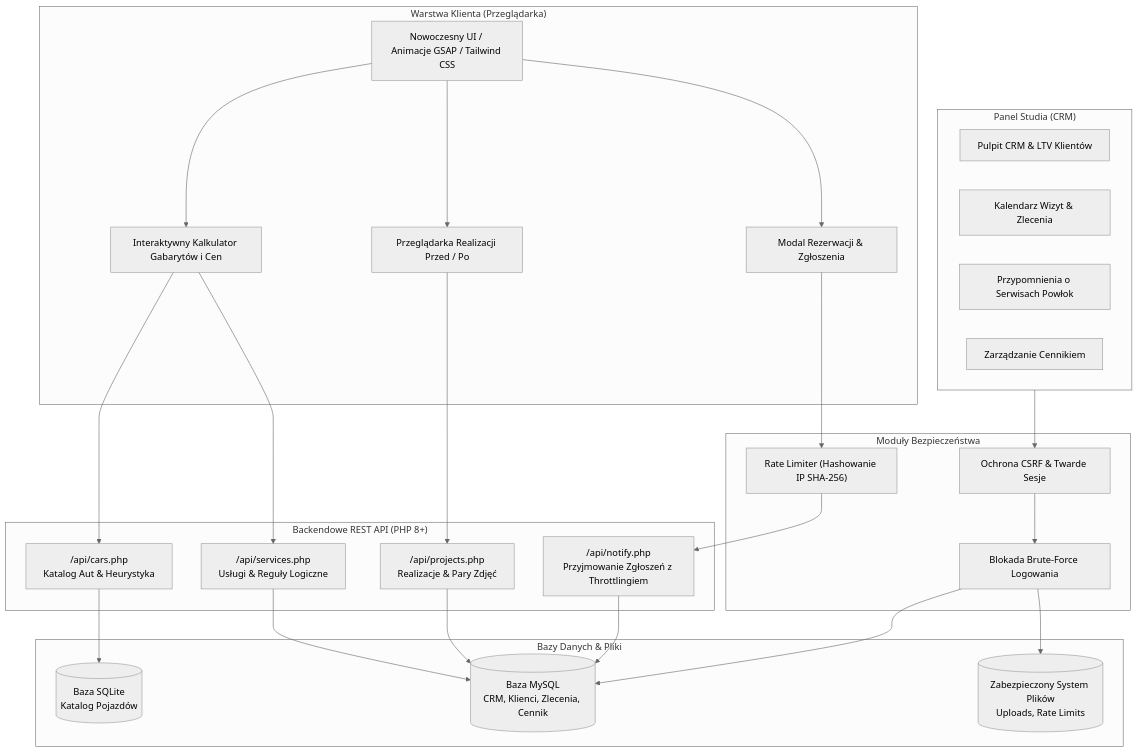
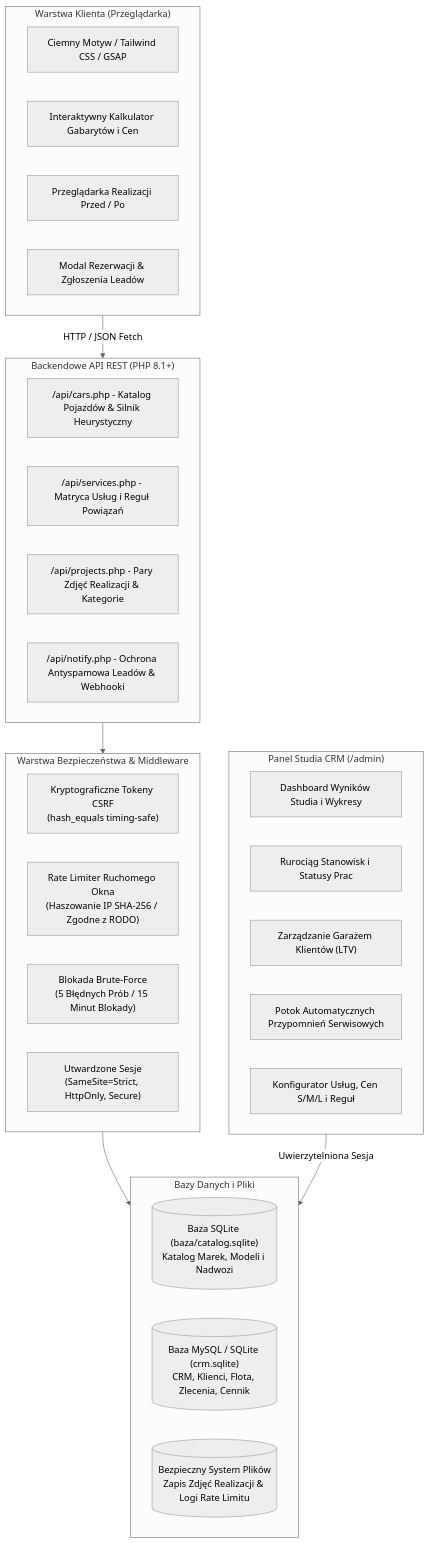
One commit to verblo/clean-n-ride-showcase changed the diagram in README.pl.md. Above: the diagram before and after it, drawn with Mermaid (neutral theme). The commit also changed other lines of this file and 16 other files, not shown here.

````diff
--- a/README.pl.md
+++ b/README.pl.md
@@ -74,45 +122,49 @@
 ```mermaid
 flowchart TD
     subgraph Klient["Warstwa Klienta (Przeglądarka)"]
-        UI["Nowoczesny UI / Animacje GSAP / Tailwind CSS"]
+        UI["Ciemny Motyw / Tailwind CSS / GSAP"]
         CALC["Interaktywny Kalkulator Gabarytów i Cen"]
-        GALLERY["Przeglądarka Realizacji Przed / Po"]
-        LEAD["Modal Rezerwacji & Zgłoszenia"]
+        SLIDER["Przeglądarka Realizacji Przed / Po"]
+        MODAL["Modal Rezerwacji & Zgłoszenia Leadów"]
     end
 
-    subgraph API["Backendowe REST API (PHP 8+)"]
-        API_CARS["/api/cars.php\nKatalog Aut & Heurystyka"]
-        API_SERVICES["/api/services.php\nUsługi & Reguły Logiczne"]
-        API_PROJECTS["/api/projects.php\nRealizacje & Pary Zdjęć"]
-        API_NOTIFY["/api/notify.php\nPrzyjmowanie Zgłoszeń z Throttlingiem"]
+    subgraph API["Backendowe API REST (PHP 8.1+)"]
+        API_CARS["/api/cars.php - Katalog Pojazdów & Silnik Heurystyczny"]
+        API_SERV["/api/services.php - Matryca Usług i Reguł Powiązań"]
+        API_PROJ["/api/projects.php - Pary Zdjęć Realizacji & Kategorie"]
+        API_LEAD["/api/notify.php - Ochrona Antyspamowa Leadów & Webhooki"]
     end
 
-    subgraph Bezpieczenstwo["Moduły Bezpieczeństwa"]
-        SEC_RATE["Rate Limiter (Hashowanie IP SHA-256)"]
-        SEC_AUTH["Ochrona CSRF & Twarde Sesje"]
-        SEC_BRUTE["Blokada Brute-Force Logowania"]
+    subgraph Bezpieczenstwo["Warstwa Bezpieczeństwa & Middleware"]
+        SEC_CSRF["Kryptograficzne Tokeny CSRF
+(hash_equals timing-safe)"]
+        SEC_RATE["Rate Limiter Ruchomego Okna
+(Haszowanie IP SHA-256 / Zgodne z RODO)"]
+        SEC_LOCK["Blokada Brute-Force
+(5 Błędnych Prób / 15 Minut Blokady)"]
+        SEC_SESS["Utwardzone Sesje
+(SameSite=Strict, HttpOnly, Secure)"]
     end
 
-    subgraph Dane["Bazy Danych & Pliki"]
-        SQLITE[("Baza SQLite\nKatalog Pojazdów")]
-        MYSQL[("Baza MySQL\nCRM, Klienci, Zlecenia, Cennik")]
-        FS[("Zabezpieczony System Plików\nUploads, Rate Limits")]
+    subgraph BazaDanych["Bazy Danych i Pliki"]
+        SQLITE[("Baza SQLite (baza/catalog.sqlite)
+Katalog Marek, Modeli i Nadwozi")]
+        MYSQL[("Baza MySQL / SQLite (crm.sqlite)
+CRM, Klienci, Flota, Zlecenia, Cennik")]
+        FS[("Bezpieczny System Plików
+Zapis Zdjęć Realizacji & Logi Rate Limitu")]
     end
 
-    subgraph Admin["Panel Studia (CRM)"]
-        DASH["Pulpit CRM & LTV Klientów"]
-        CALENDAR["Kalendarz Wizyt & Zlecenia"]
-        REMINDERS["Przypomnienia o Serwisach Powłok"]
-        PRICING_MGR["Zarządzanie Cennikiem"]
+    subgraph Admin["Panel Studia CRM (/admin)"]
+        DASH["Dashboard Wyników Studia i Wykresy"]
+        ORDERS["Rurociąg Stanowisk i Statusy Prac"]
+        FLEET["Zarządzanie Garażem Klientów (LTV)"]
+        REMINDERS["Potok Automatycznych Przypomnień Serwisowych"]
+        MATRIX["Konfigurator Usług, Cen S/M/L i Reguł"]
     end
 
-    UI --> CALC & GALLERY & LEAD
-    CALC --> API_CARS & API_SERVICES
-    GALLERY --> API_PROJECTS
-    LEAD --> SEC_RATE --> API_NOTIFY
-    
-    API_CARS --> SQLITE
-    API_SERVICES & API_PROJECTS & API_NOTIFY --> MYSQL
-
-    Admin --> SEC_AUTH --> SEC_BRUTE --> MYSQL & FS
+    Klient -->|HTTP / JSON Fetch| API
+    API --> Bezpieczenstwo
+    Bezpieczenstwo --> BazaDanych
+    Admin -->|Uwierzytelniona Sesja| BazaDanych
 ```
````
